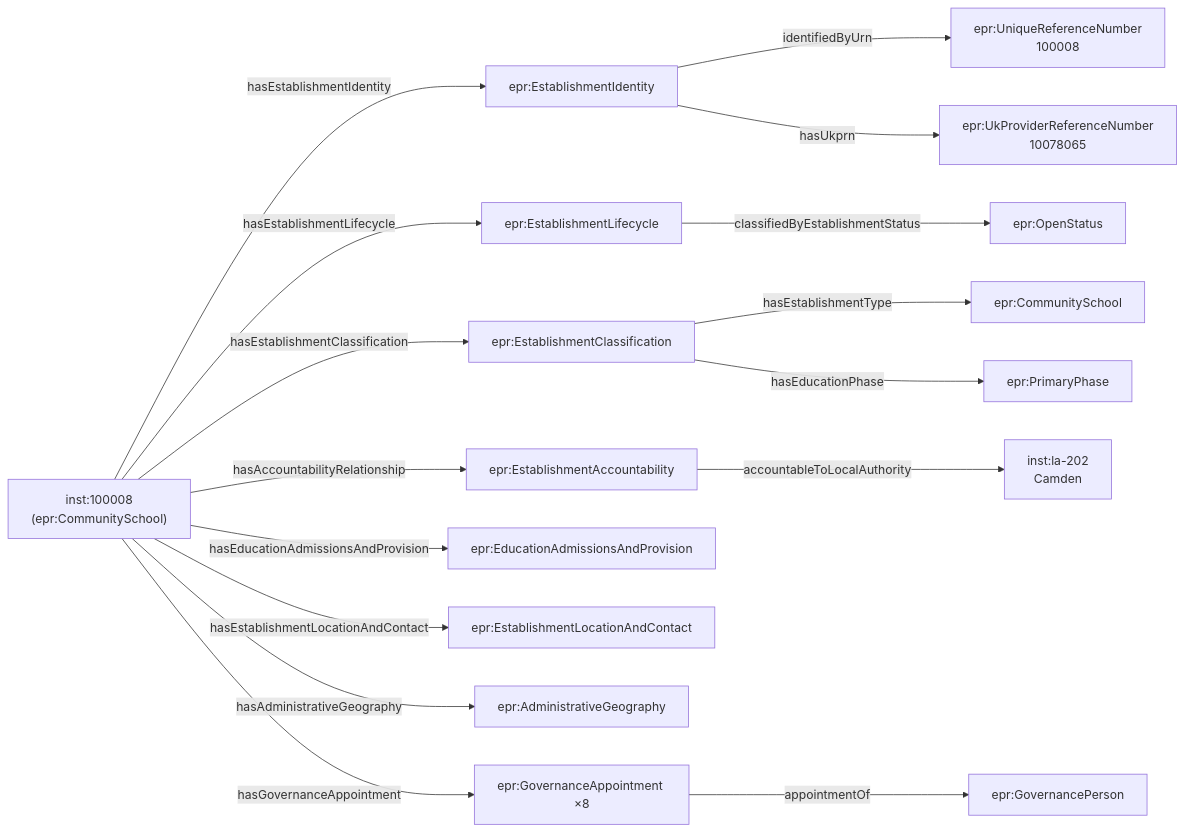
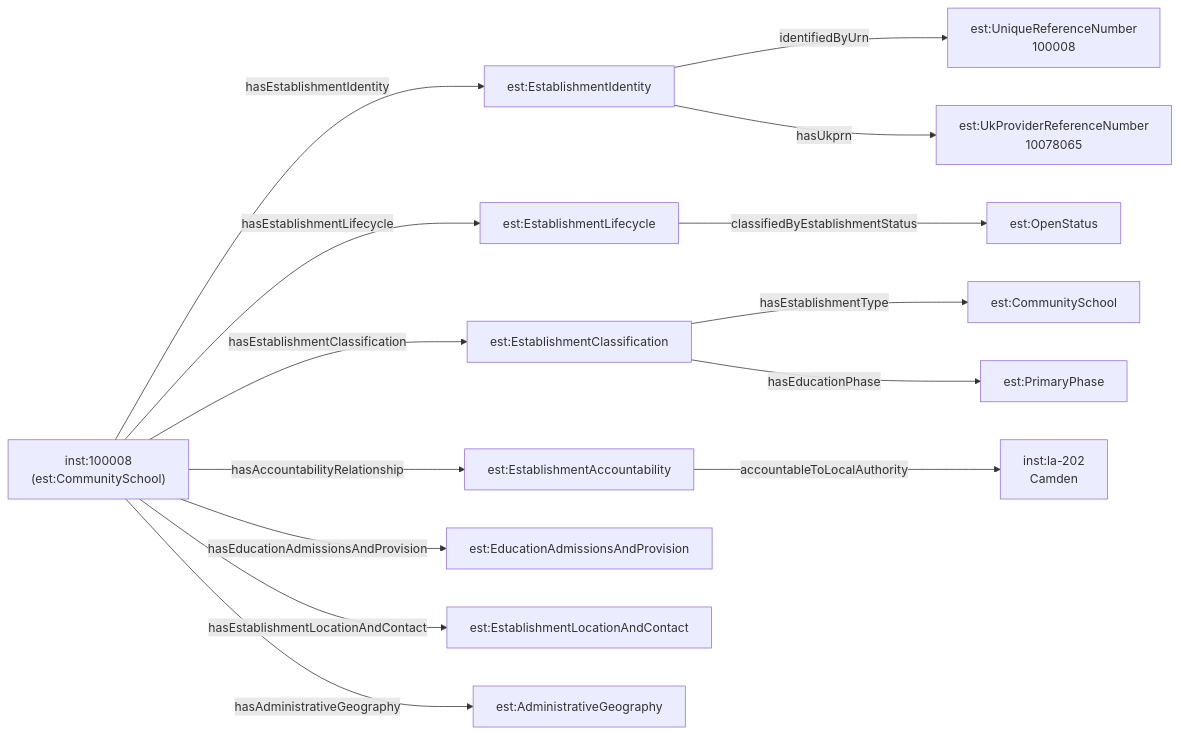
Before and after one commit to DFE-Digital/education-provider-registry-docs: the diagram in docs-site/content/models/establishment/examples/community-school.md, drawn with Mermaid. The commit also changed other lines of this file and 42 other files, not shown here.

````diff
--- a/docs-site/content/models/establishment/examples/community-school.md
+++ b/docs-site/content/models/establishment/examples/community-school.md
@@ -53,25 +54,22 @@
 ```mermaid
 graph LR
-    E["inst:100008<br/>(epr:CommunitySchool)"]
+    E["inst:100008<br/>(est:CommunitySchool)"]
 
-    E -->|hasEstablishmentIdentity| ID["epr:EstablishmentIdentity"]
-    E -->|hasEstablishmentLifecycle| LC["epr:EstablishmentLifecycle"]
-    E -->|hasEstablishmentClassification| CL["epr:EstablishmentClassification"]
-    E -->|hasAccountabilityRelationship| AC["epr:EstablishmentAccountability"]
-    E -->|hasEducationAdmissionsAndProvision| PR["epr:EducationAdmissionsAndProvision"]
-    E -->|hasEstablishmentLocationAndContact| LO["epr:EstablishmentLocationAndContact"]
-    E -->|hasAdministrativeGeography| GE["epr:AdministrativeGeography"]
-    E -->|hasGovernanceAppointment| GO["epr:GovernanceAppointment ×8"]
+    E -->|hasEstablishmentIdentity| ID["est:EstablishmentIdentity"]
+    E -->|hasEstablishmentLifecycle| LC["est:EstablishmentLifecycle"]
+    E -->|hasEstablishmentClassification| CL["est:EstablishmentClassification"]
+    E -->|hasAccountabilityRelationship| AC["est:EstablishmentAccountability"]
+    E -->|hasEducationAdmissionsAndProvision| PR["est:EducationAdmissionsAndProvision"]
+    E -->|hasEstablishmentLocationAndContact| LO["est:EstablishmentLocationAndContact"]
+    E -->|hasAdministrativeGeography| GE["est:AdministrativeGeography"]
 
-    ID -->|identifiedByUrn| URN["epr:UniqueReferenceNumber<br/>100008"]
-    ID -->|hasUkprn| UK["epr:UkProviderReferenceNumber<br/>10078065"]
+    ID -->|identifiedByUrn| URN["est:UniqueReferenceNumber<br/>100008"]
+    ID -->|hasUkprn| UK["est:UkProviderReferenceNumber<br/>10078065"]
 
-    LC -->|classifiedByEstablishmentStatus| OS["epr:OpenStatus"]
+    LC -->|classifiedByEstablishmentStatus| OS["est:OpenStatus"]
 
-    CL -->|hasEstablishmentType| CS["epr:CommunitySchool"]
-    CL -->|hasEducationPhase| PP["epr:PrimaryPhase"]
+    CL -->|hasEstablishmentType| CS["est:CommunitySchool"]
+    CL -->|hasEducationPhase| PP["est:PrimaryPhase"]
 
     AC -->|accountableToLocalAuthority| LA["inst:la-202<br/>Camden"]
-
-    GO -->|appointmentOf| GP["epr:GovernancePerson"]
 ```
````
